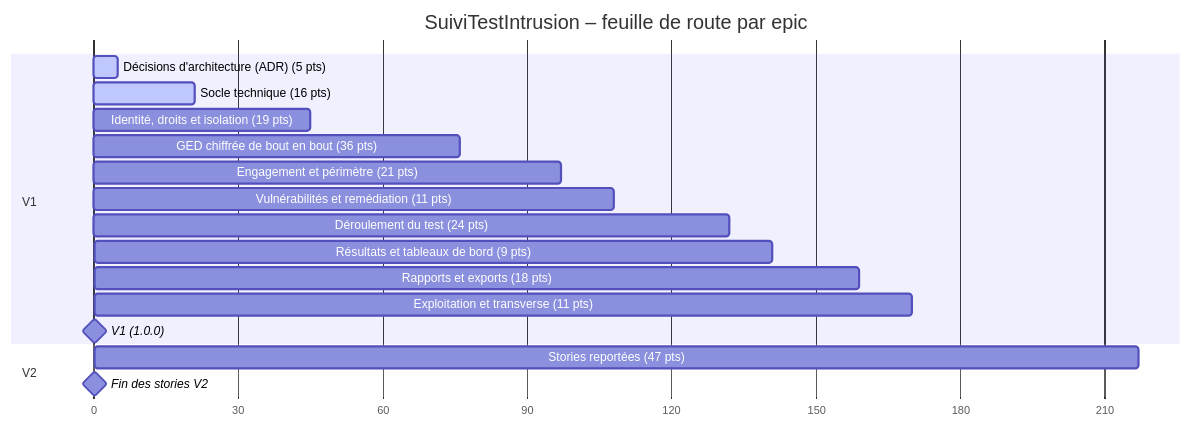
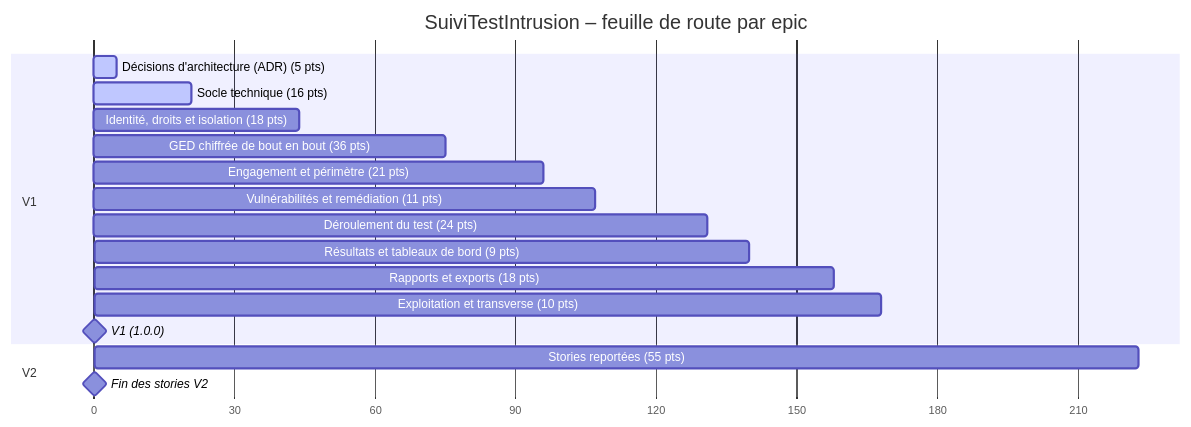
One commit to ILPlais/SuiviTestIntrusion changed the first of 2 diagrams in docs/20-29 Développement/22 Planification/22.01 Planification du développement.md. Above: the diagram before and after it, drawn with Mermaid. The commit also changed other lines of this file and 20 other files, not shown here.

````diff
--- a/docs/20-29 Développement/22 Planification/22.01 Planification du développement.md
+++ b/docs/20-29 Développement/22 Planification/22.01 Planification du développement.md
@@ -46,21 +48,21 @@
 ```mermaid
 gantt
     title SuiviTestIntrusion – feuille de route par epic
     dateFormat X
     axisFormat %s
     section V1
     Décisions d'architecture (ADR) (5 pts) :active, ep_decisions, 0, 5
     Socle technique (16 pts) :active, ep_socle, 5, 21
-    Identité, droits et isolation (19 pts) :ep_identite, 21, 45
-    GED chiffrée de bout en bout (36 pts) :ep_ged_chiffree, 35, 76
-    Engagement et périmètre (21 pts) :ep_engagement, 76, 97
-    Vulnérabilités et remédiation (11 pts) :ep_vulnerabilites, 97, 108
-    Déroulement du test (24 pts) :ep_deroulement, 108, 132
-    Résultats et tableaux de bord (9 pts) :ep_resultats, 132, 141
-    Rapports et exports (18 pts) :ep_exports, 141, 159
-    Exploitation et transverse (11 pts) :ep_exploitation, 159, 170
-    V1 (1.0.0) :milestone, v1, 170, 0d
+    Identité, droits et isolation (18 pts) :ep_identite, 21, 44
+    GED chiffrée de bout en bout (36 pts) :ep_ged_chiffree, 34, 75
+    Engagement et périmètre (21 pts) :ep_engagement, 75, 96
+    Vulnérabilités et remédiation (11 pts) :ep_vulnerabilites, 96, 107
+    Déroulement du test (24 pts) :ep_deroulement, 107, 131
+    Résultats et tableaux de bord (9 pts) :ep_resultats, 131, 140
+    Rapports et exports (18 pts) :ep_exports, 140, 158
+    Exploitation et transverse (10 pts) :ep_exploitation, 158, 168
+    V1 (1.0.0) :milestone, v1, 168, 0d
     section V2
-    Stories reportées (47 pts) :ep_v2, 170, 217
-    Fin des stories V2 :milestone, v2, 217, 0d
+    Stories reportées (55 pts) :ep_v2, 168, 223
+    Fin des stories V2 :milestone, v2, 223, 0d
 ```
````
